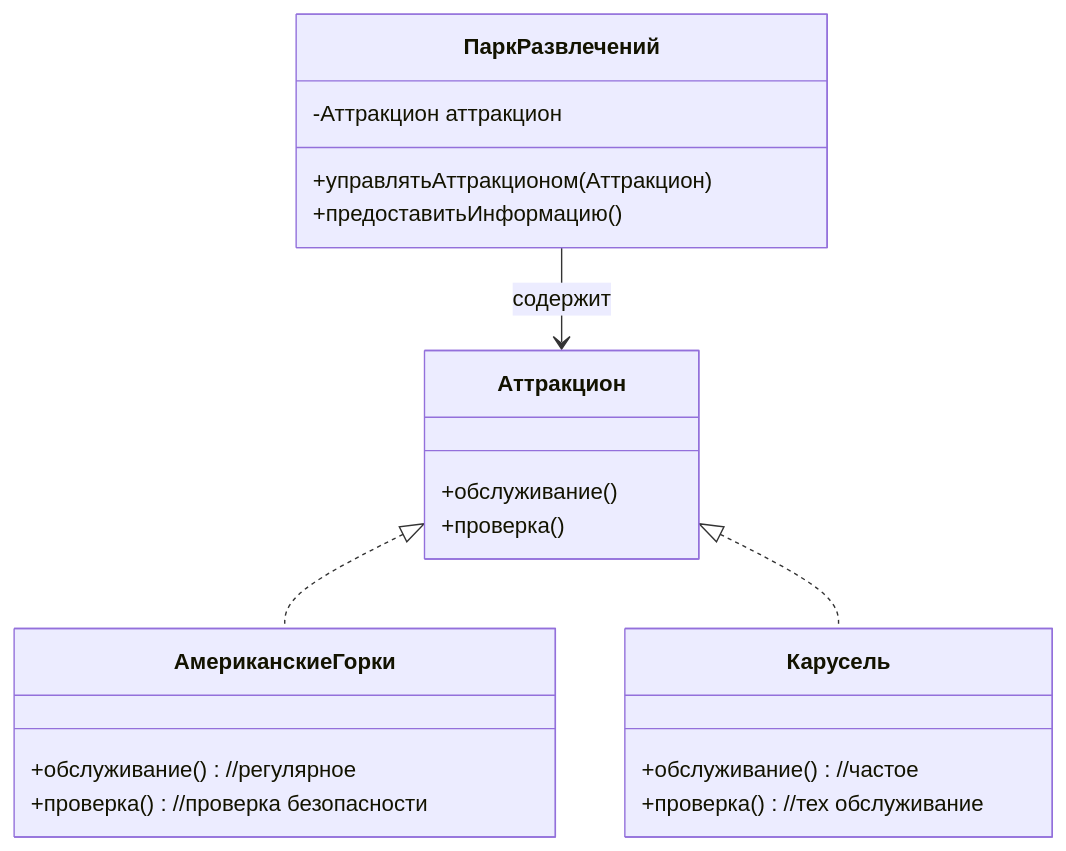
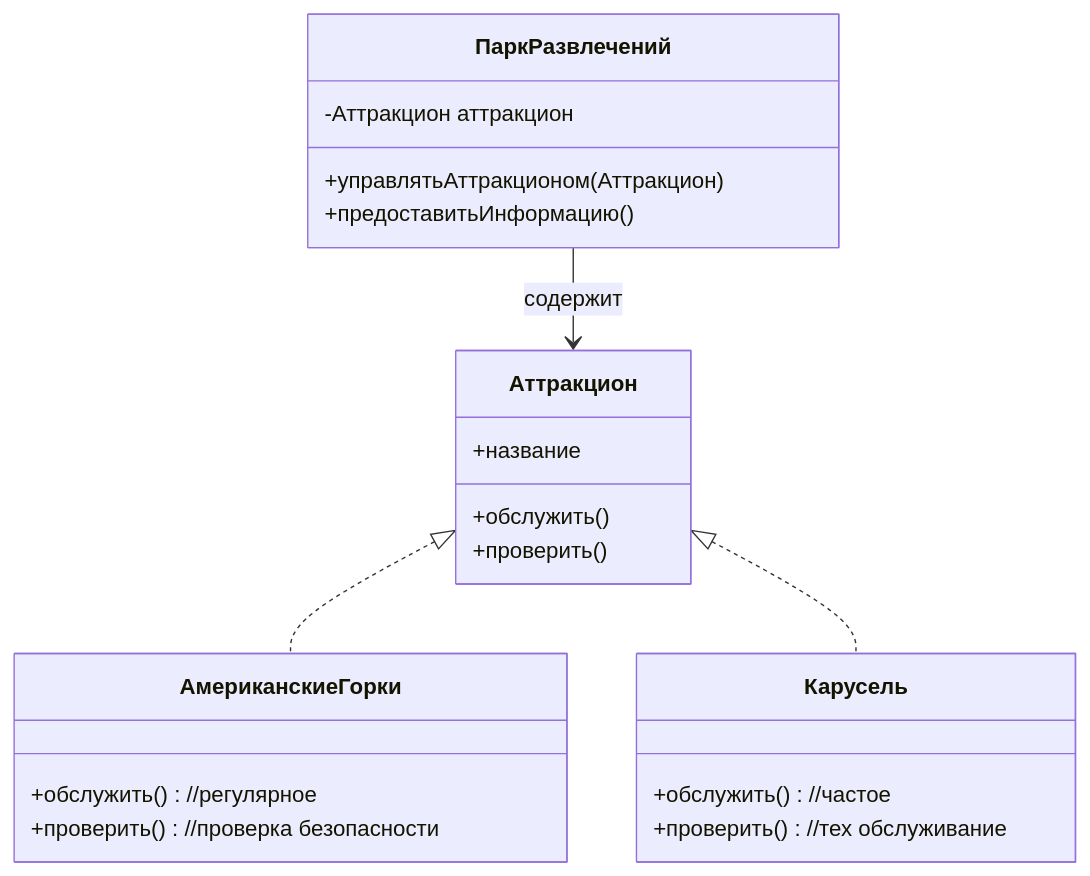
One commit to Metaf-x/03.04-General-OOP changed the seventh of 8 diagrams in README.md. Above: the diagram before and after it, drawn with Mermaid. The commit also changed other lines of this file, not shown here.

````diff
--- a/README.md
+++ b/README.md
@@ -317,23 +305,24 @@
 ```mermaid
 classDiagram
 	ПаркРазвлечений --> Аттракцион : содержит
 	Аттракцион <|.. АмериканскиеГорки
 	Аттракцион <|.. Карусель
 	class ПаркРазвлечений {
 		-Аттракцион аттракцион
 		+управлятьАттракционом(Аттракцион)
 		+предоставитьИнформацию()
 	}
 	class Аттракцион {
-		+обслуживание()
-		+проверка()
+		+название
+		+обслужить()
+		+проверить()
 	}
 	class АмериканскиеГорки {
-		+обслуживание() //регулярное
-		+проверка() //проверка безопасности
+		+обслужить() //регулярное
+		+проверить() //проверка безопасности
 	}
 	class Карусель {
-		+обслуживание() //частое
-		+проверка() //тех обслуживание
+		+обслужить() //частое
+		+проверить() //тех обслуживание
 	}
 ```
````
